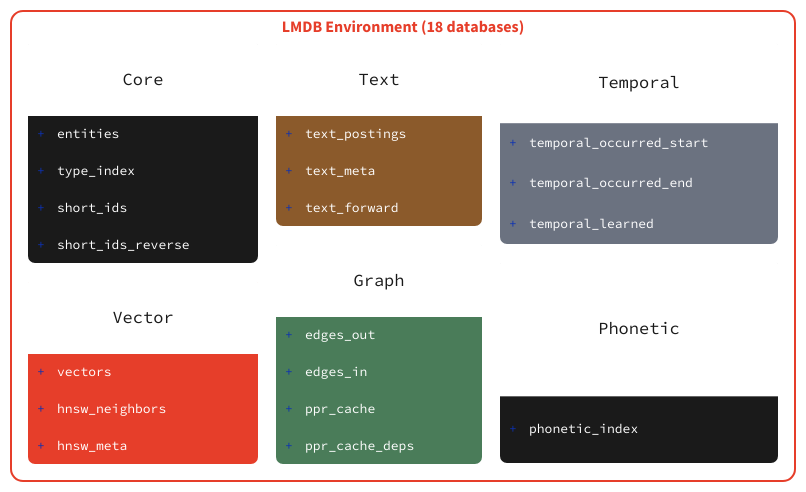
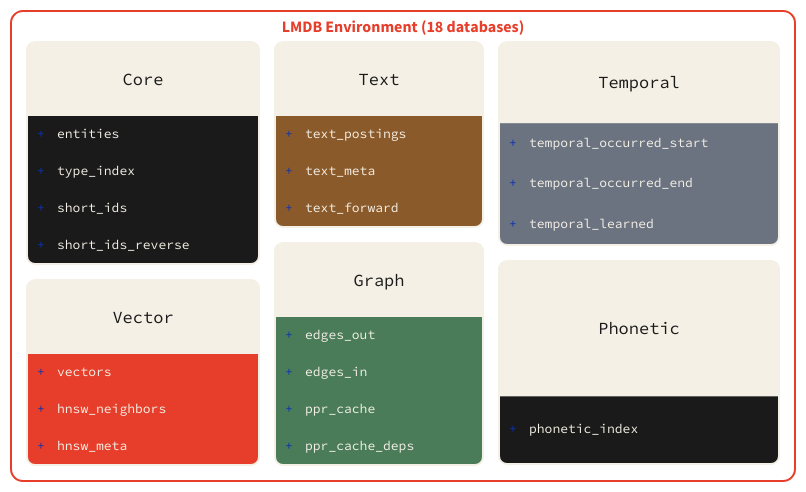
One commit to oneiron-dev/oneiron changed the diagram in docs/storage-light.d2. Above: the diagram before and after it, drawn with D2. The commit also changed 8 other files, not shown here.

First line of the commit message:
Cream fills for light storage, white text for dark mode diagrams

```diff
--- a/docs/storage-light.d2
+++ b/docs/storage-light.d2
@@ -1,97 +1,97 @@
 direction: down
 
 vault: LMDB Environment (18 databases) {
   style.fill: transparent
   style.stroke: "#E63E2A"
   style.border-radius: 12
   style.font-color: "#E63E2A"
   style.font-size: 16
   style.bold: true
 
   grid-columns: 3
   grid-gap: 16
 
   core: "Core" {
     shape: class
-    style.fill: "#ffffff"
+    style.fill: "#F4F0E6"
     style.stroke: "#1a1a1a"
     style.border-radius: 8
     style.font-color: "#1a1a1a"
     style.font-size: 13
 
 
     entities
     type_index
     short_ids
     short_ids_reverse
   }
 
   vector: "Vector" {
     shape: class
-    style.fill: "#ffffff"
+    style.fill: "#F4F0E6"
     style.stroke: "#E63E2A"
     style.border-radius: 8
     style.font-color: "#1a1a1a"
     style.font-size: 13
 
 
     vectors
     hnsw_neighbors
     hnsw_meta
   }
 
   text: "Text" {
     shape: class
-    style.fill: "#ffffff"
+    style.fill: "#F4F0E6"
     style.stroke: "#8B5A2B"
     style.border-radius: 8
     style.font-color: "#1a1a1a"
     style.font-size: 13
 
 
     text_postings
     text_meta
     text_forward
   }
 
   graph: "Graph" {
     shape: class
-    style.fill: "#ffffff"
+    style.fill: "#F4F0E6"
     style.stroke: "#4A7C59"
     style.border-radius: 8
     style.font-color: "#1a1a1a"
     style.font-size: 13
 
 
     edges_out
     edges_in
     ppr_cache
     ppr_cache_deps
   }
 
   temporal: "Temporal" {
     shape: class
-    style.fill: "#ffffff"
+    style.fill: "#F4F0E6"
     style.stroke: "#6B7280"
     style.border-radius: 8
     style.font-color: "#1a1a1a"
     style.font-size: 13
 
 
     temporal_occurred_start
     temporal_occurred_end
     temporal_learned
   }
 
   phonetic: "Phonetic" {
     shape: class
-    style.fill: "#ffffff"
+    style.fill: "#F4F0E6"
     style.stroke: "#1a1a1a"
     style.border-radius: 8
     style.font-color: "#1a1a1a"
     style.font-size: 13
 
 
     phonetic_index
   }
 }
```
